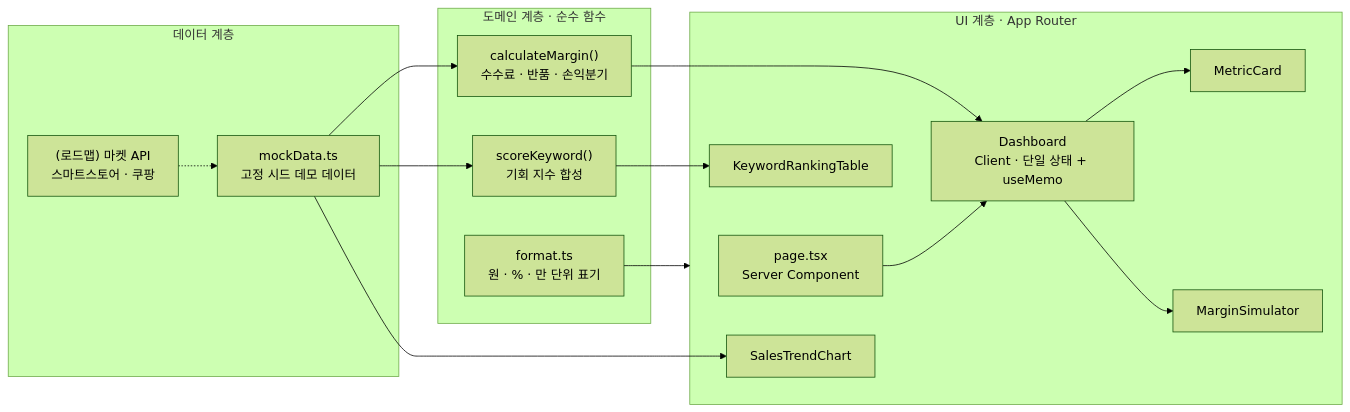
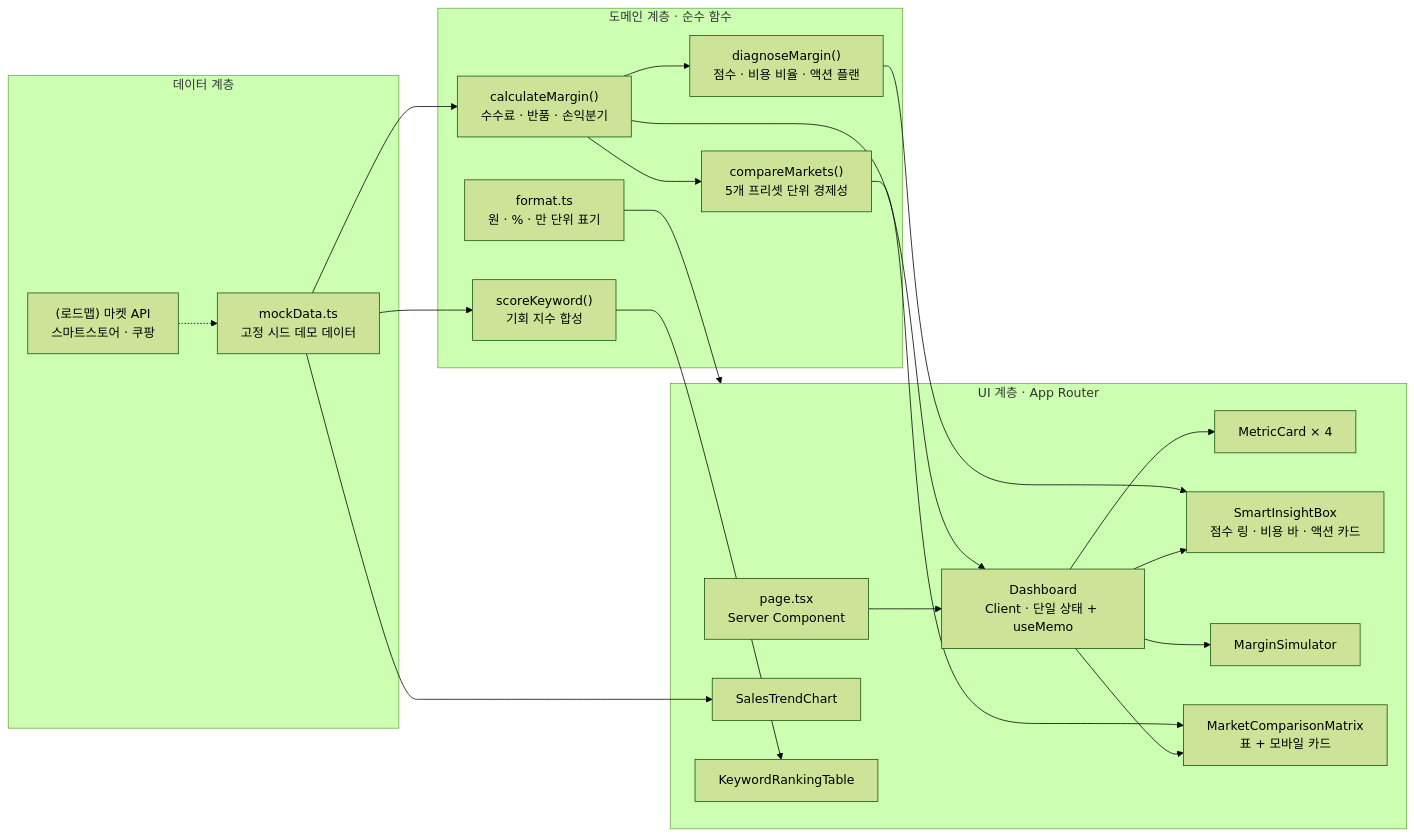
The first of 2 diagrams in README.md (Shye-Seo/commerce-seller-analytics), drawn with Mermaid (forest theme) before and after one commit. The commit also changed other lines of this file, not shown here.

````diff
--- a/README.md
+++ b/README.md
@@ -185,33 +248,43 @@
 ```mermaid
 flowchart LR
     subgraph DATA["데이터 계층"]
         MD["mockData.ts<br/>고정 시드 데모 데이터"]
         API["(로드맵) 마켓 API<br/>스마트스토어 · 쿠팡"]
     end
 
     subgraph DOMAIN["도메인 계층 · 순수 함수"]
         CALC["calculateMargin()<br/>수수료 · 반품 · 손익분기"]
+        DIAG["diagnoseMargin()<br/>점수 · 비용 비율 · 액션 플랜"]
+        CMP["compareMarkets()<br/>5개 프리셋 단위 경제성"]
         SCORE["scoreKeyword()<br/>기회 지수 합성"]
         FMT["format.ts<br/>원 · % · 만 단위 표기"]
     end
 
     subgraph UI["UI 계층 · App Router"]
         PAGE["page.tsx<br/>Server Component"]
         DASH["Dashboard<br/>Client · 단일 상태 + useMemo"]
-        MET["MetricCard"]
+        MET["MetricCard × 4"]
+        INSIGHT["SmartInsightBox<br/>점수 링 · 비용 바 · 액션 카드"]
         SIM["MarginSimulator"]
+        MATRIX["MarketComparisonMatrix<br/>표 + 모바일 카드"]
         CHART["SalesTrendChart"]
         KW["KeywordRankingTable"]
     end
 
     API -.-> MD
     MD --> CALC
     MD --> SCORE
     MD --> CHART
+    CALC --> DIAG
+    CALC --> CMP
     CALC --> DASH
+    DIAG --> INSIGHT
+    CMP --> MATRIX
     SCORE --> KW
     FMT --> UI
     PAGE --> DASH
     DASH --> MET
     DASH --> SIM
+    DASH --> INSIGHT
+    DASH --> MATRIX
 ```
````
